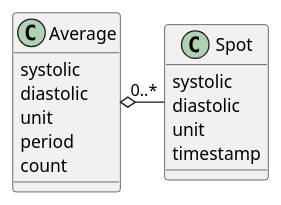
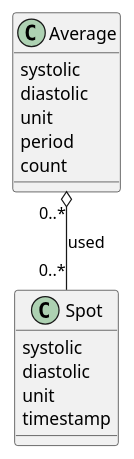
Before and after one commit to frankoemig/bloodpressure: the diagram in input/images-source/average_model.plantuml, drawn with PlantUML. The commit also changed 5 other files, not shown here.

```diff
--- a/input/images-source/average_model.plantuml
+++ b/input/images-source/average_model.plantuml
@@ -1,23 +1,23 @@
 @startuml
 
 
 
 class "Spot" as spot {
     systolic
     diastolic
     unit
     timestamp
 }
 
 
 class "Average" as avg {
     systolic
     diastolic
     unit
     period
     count
 }
 
-avg o-right- "0..*" spot
+avg "0..*" o-down- "0..*" spot : used
 
 @enduml
```
